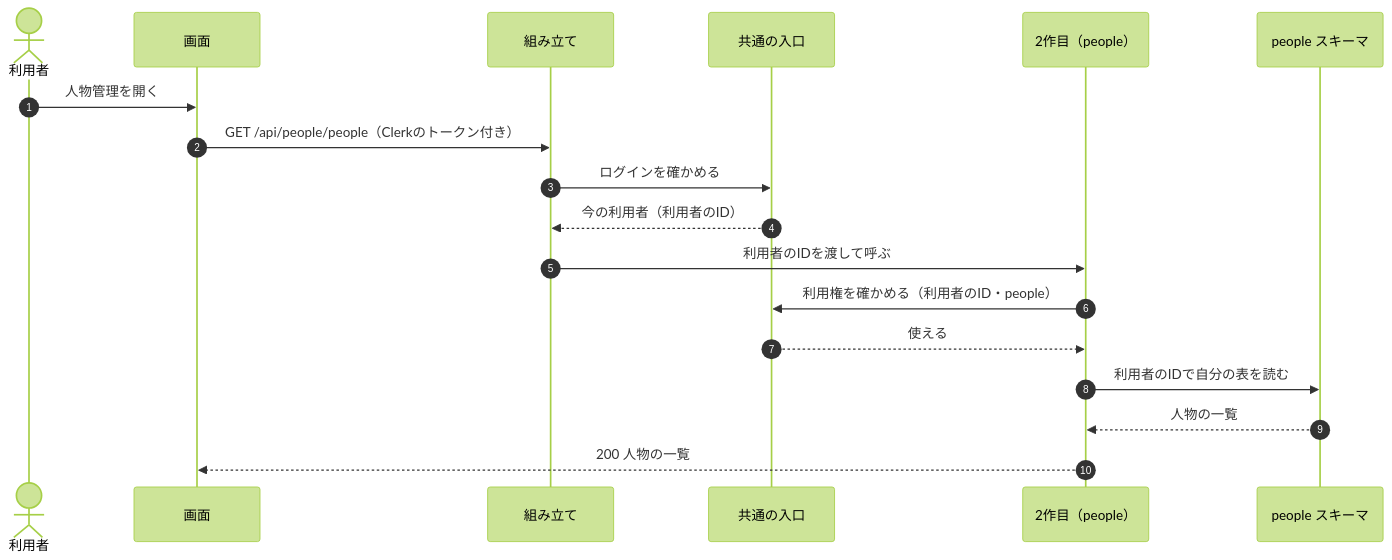
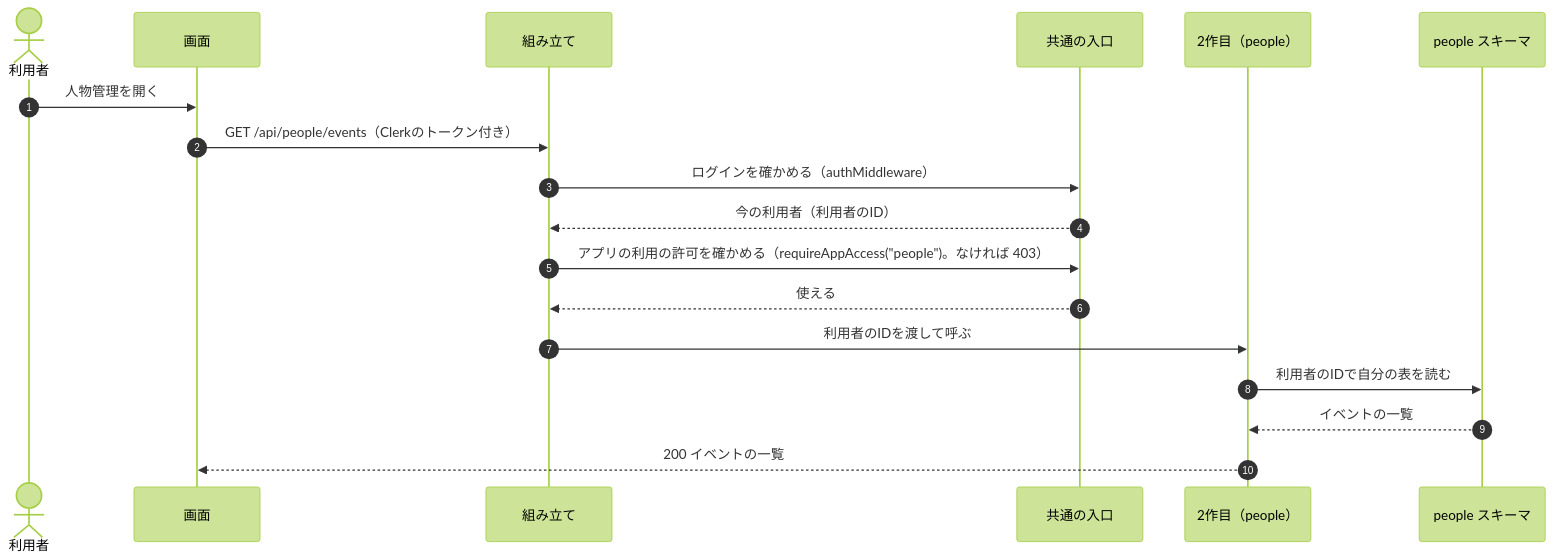
One commit to takumi-okuya-dev/meguru-app changed the third of 5 diagrams in docs/app-separation.md. Above: the diagram before and after it, drawn with Mermaid (forest theme). The commit also changed other lines of this file and 102 other files, not shown here.

````diff
--- a/docs/app-separation.md
+++ b/docs/app-separation.md
@@ -141,21 +141,21 @@
 ```mermaid
 sequenceDiagram
   autonumber
   actor U as 利用者
   participant W as 画面
   participant C as 組み立て
   participant P as 共通の入口
   participant M as 2作目（people）
   participant DB as people スキーマ
 
   U->>W: 人物管理を開く
-  W->>C: GET /api/people/people（Clerkのトークン付き）
-  C->>P: ログインを確かめる
+  W->>C: GET /api/people/events（Clerkのトークン付き）
+  C->>P: ログインを確かめる（authMiddleware）
   P-->>C: 今の利用者（利用者のID）
+  C->>P: アプリの利用の許可を確かめる（requireAppAccess("people")。なければ 403）
+  P-->>C: 使える
   C->>M: 利用者のIDを渡して呼ぶ
-  M->>P: 利用権を確かめる（利用者のID・people）
-  P-->>M: 使える
   M->>DB: 利用者のIDで自分の表を読む
-  DB-->>M: 人物の一覧
-  M-->>W: 200 人物の一覧
+  DB-->>M: イベントの一覧
+  M-->>W: 200 イベントの一覧
 ```
````
